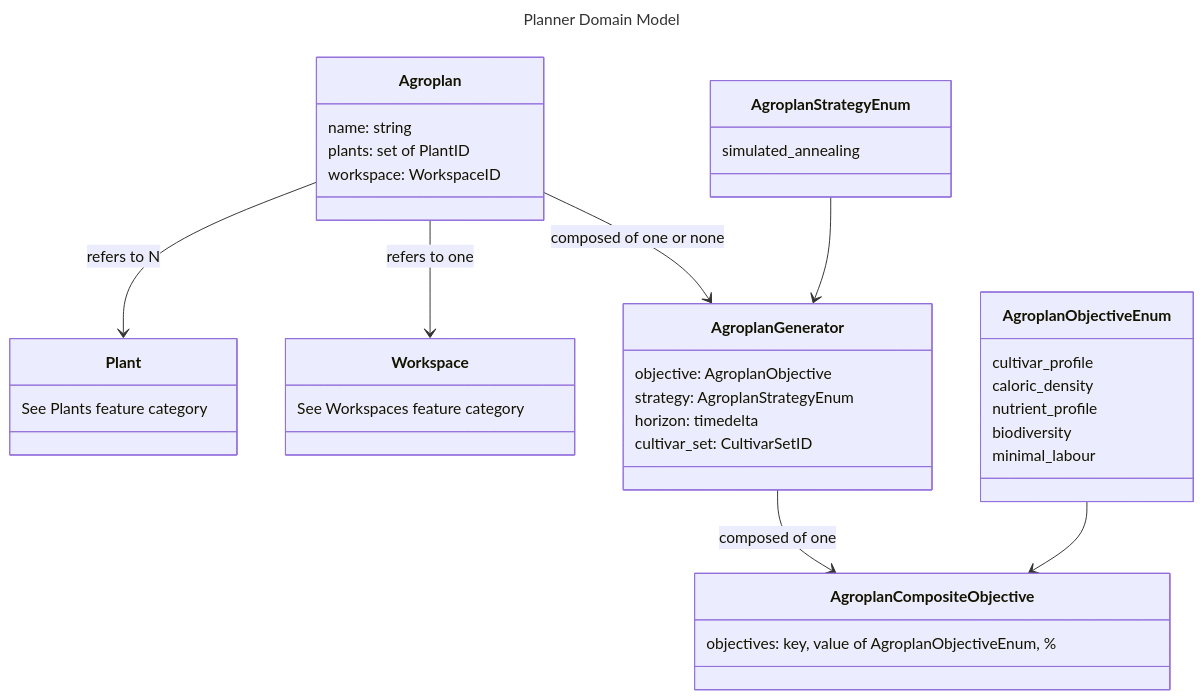
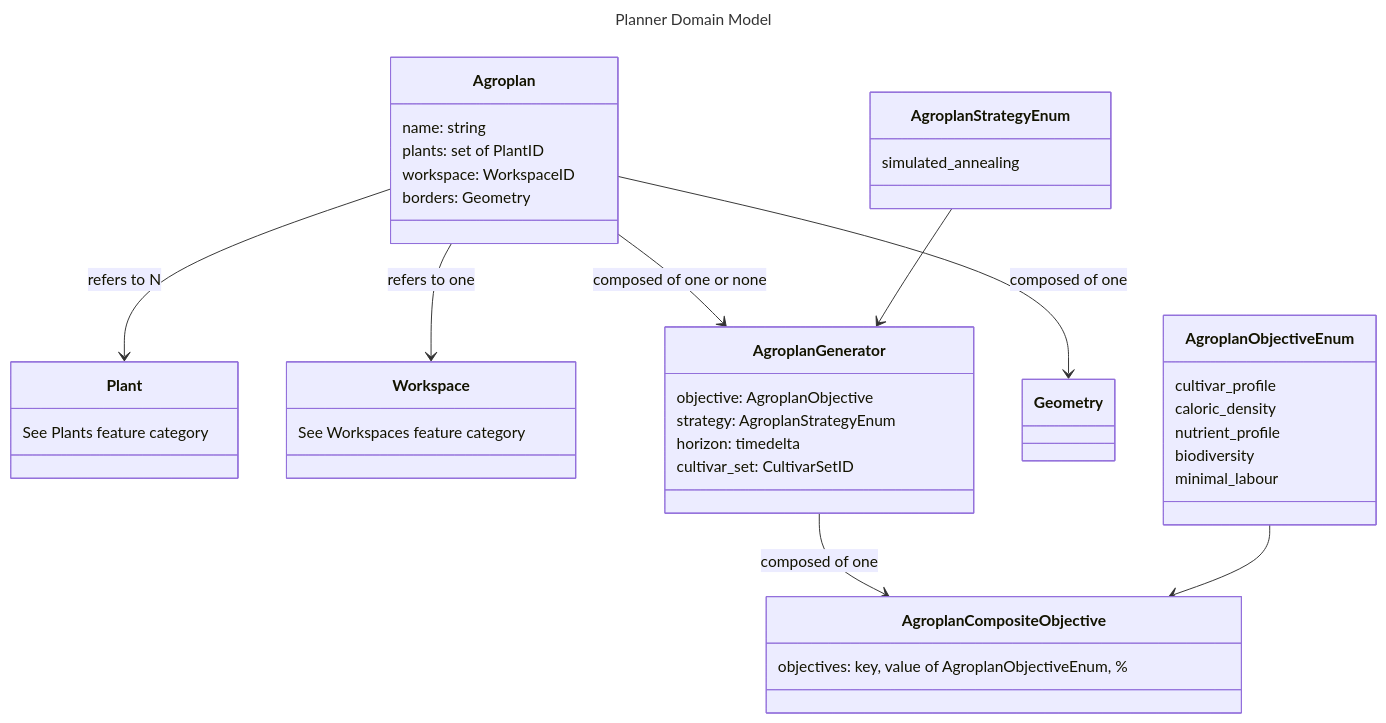
One commit to VerdanTech/Vdt-Webapp changed the diagram in outline/planner/models.md. Above: the diagram before and after it, drawn with Mermaid. The commit also changed 1 other file, not shown here.

Commit message:
Improved documentation

````diff
--- a/outline/planner/models.md
+++ b/outline/planner/models.md
@@ -1,44 +1,46 @@
 ```mermaid
 ---
 title: Planner Domain Model
 ---
 classDiagram
 
     Agroplan --> Plant : refers to N
     Agroplan --> Workspace: refers to one
     Agroplan --> AgroplanGenerator : composed of one or none
+    Agroplan --> Geometry : composed of one
     AgroplanStrategyEnum --> AgroplanGenerator
     AgroplanGenerator --> AgroplanCompositeObjective : composed of one
     AgroplanObjectiveEnum --> AgroplanCompositeObjective
     class Agroplan{
         name: string
         plants: set of PlantID
         workspace: WorkspaceID
+        borders: Geometry
     }
     class Plant{
         See Plants feature category
     }
     class Workspace{
         See Workspaces feature category
     }
     class AgroplanGenerator{
         objective: AgroplanObjective
         strategy: AgroplanStrategyEnum
         horizon: timedelta
         cultivar_set: CultivarSetID
     }
     class AgroplanStrategyEnum{
         simulated_annealing
     }
     class AgroplanCompositeObjective{
         objectives: key, value of AgroplanObjectiveEnum, %
     }
     class AgroplanObjectiveEnum{
         cultivar_profile
         caloric_density
         nutrient_profile
         biodiversity
         minimal_labour
     }
 
 ```
````
